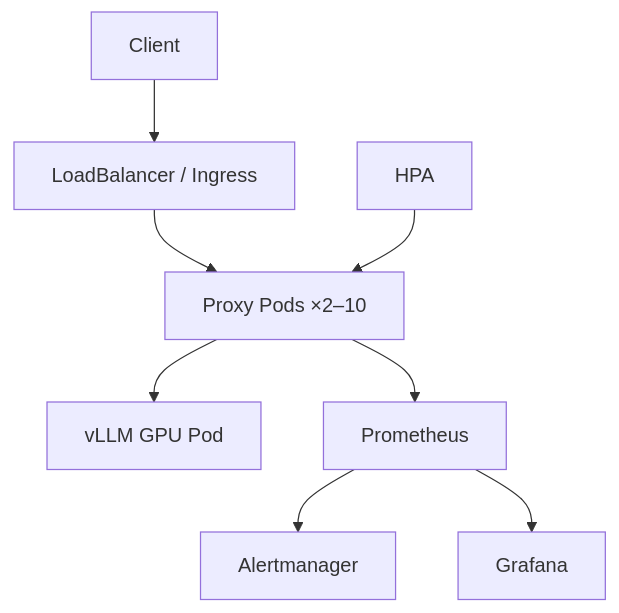
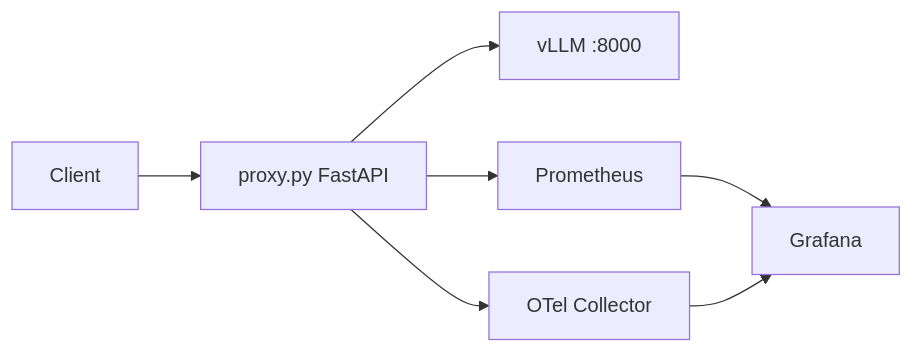
Before and after one commit to ArchanaChetan07/ai-inference-observability-platform: the first of 3 diagrams in README.md, drawn with Mermaid. The commit also changed other lines of this file, not shown here.

Commit message:
docs: FAANG-ready professional README with diagrams and verified metrics

````diff
--- a/README.md
+++ b/README.md
@@ -404,10 +28,9 @@
 ```mermaid
-flowchart TB
-    Client --> LB[LoadBalancer / Ingress]
-    LB --> Proxy[Proxy Pods ×2–10]
-    Proxy --> VLLM[vLLM GPU Pod]
-    HPA[HPA] --> Proxy
-    Proxy --> Prom[Prometheus]
-    Prom --> AM[Alertmanager]
-    Prom --> Graf[Grafana]
+flowchart LR
+  C[Client] --> PX[proxy.py FastAPI]
+  PX --> V[vLLM :8000]
+  PX --> PR[Prometheus]
+  PX --> OT[OTel Collector]
+  PR --> GR[Grafana]
+  OT --> GR
 ```
````
